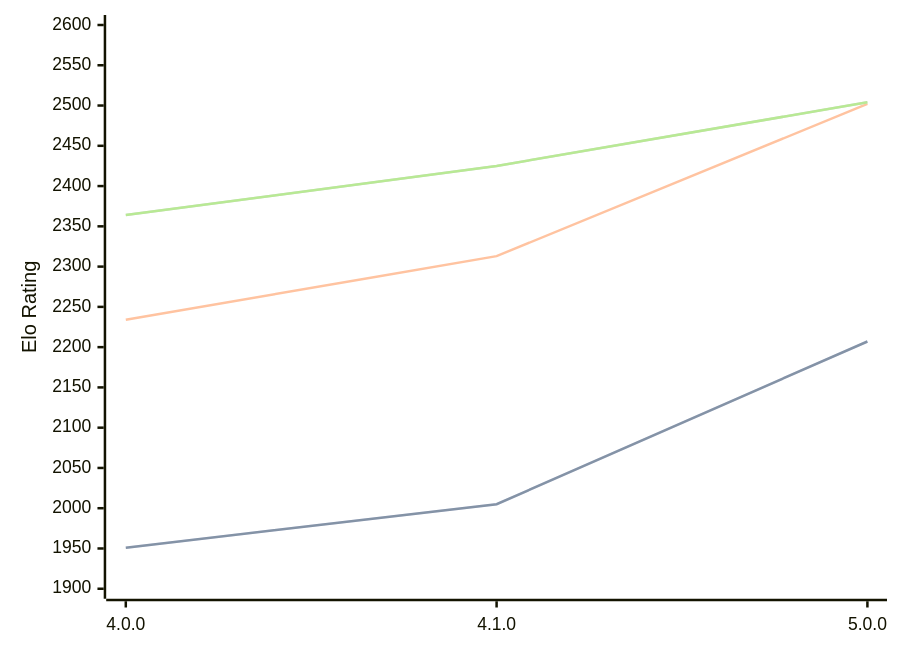
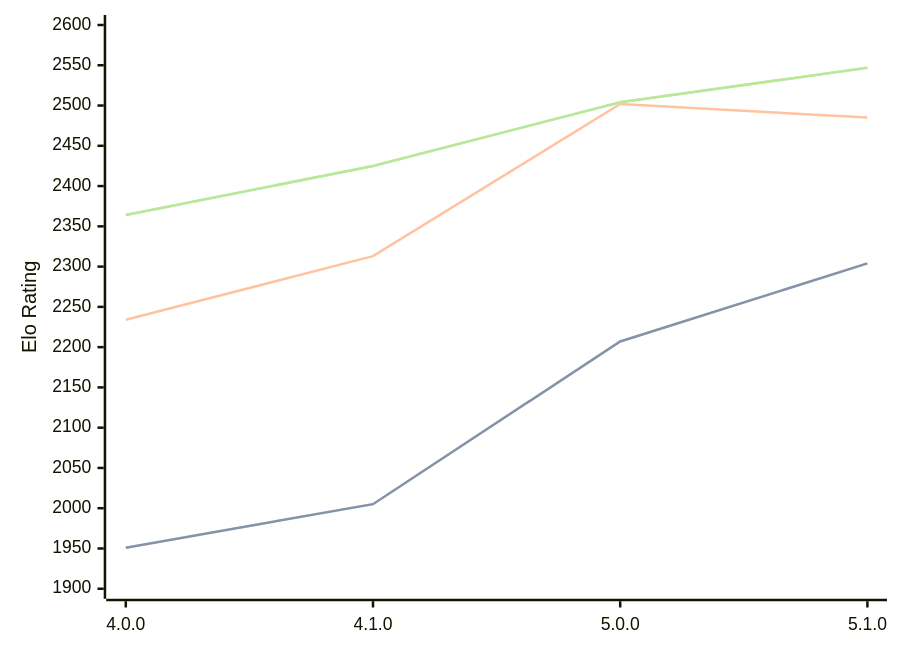
One commit to computer-chess-index/cci changed the diagram in engines/Aconcagua.md. Above: the diagram before and after it, drawn with Mermaid. The commit also changed other lines of this file, not shown here.

Commit message:
Update CCI Ratings (ELO VLTC) - 2026-03-01

````diff
--- a/engines/Aconcagua.md
+++ b/engines/Aconcagua.md
@@ -40,11 +41,11 @@
 ```mermaid
 %%{init: {"theme":"base","themeVariables":{"seriesColors:['#a3a3a3','#222221','#faa371']}}}%%
 xychart-beta
-  x-axis ["4.0.0", "4.1.0", "5.0.0"]
+  x-axis ["4.0.0", "4.1.0", "5.0.0", "5.1.0"]
   y-axis "Elo Rating" 1900 --> 2600
-  line "STC (8.0+0.08s)" [1951, 2005, 2207]
-  line "STC (8.0+0.08s)" [1951, 2005, 2207]
-  line "LTC (60.0+0.60s)" [2234, 2313, 2502]
-  line "VLTC (2m24s+1.12s)" [2364, 2425, 2504]
-  line "VLTC (2m24s+1.12s)" [2364, 2425, 2504]
+  line "STC (8.0+0.08s)" [1951, 2005, 2207, 2304]
+  line "STC (8.0+0.08s)" [1951, 2005, 2207, 2304]
+  line "LTC (60.0+0.60s)" [2234, 2313, 2502, 2485]
+  line "VLTC (2m24s+1.12s)" [2364, 2425, 2504, 2547]
+  line "VLTC (2m24s+1.12s)" [2364, 2425, 2504, 2547]
 ```
````
